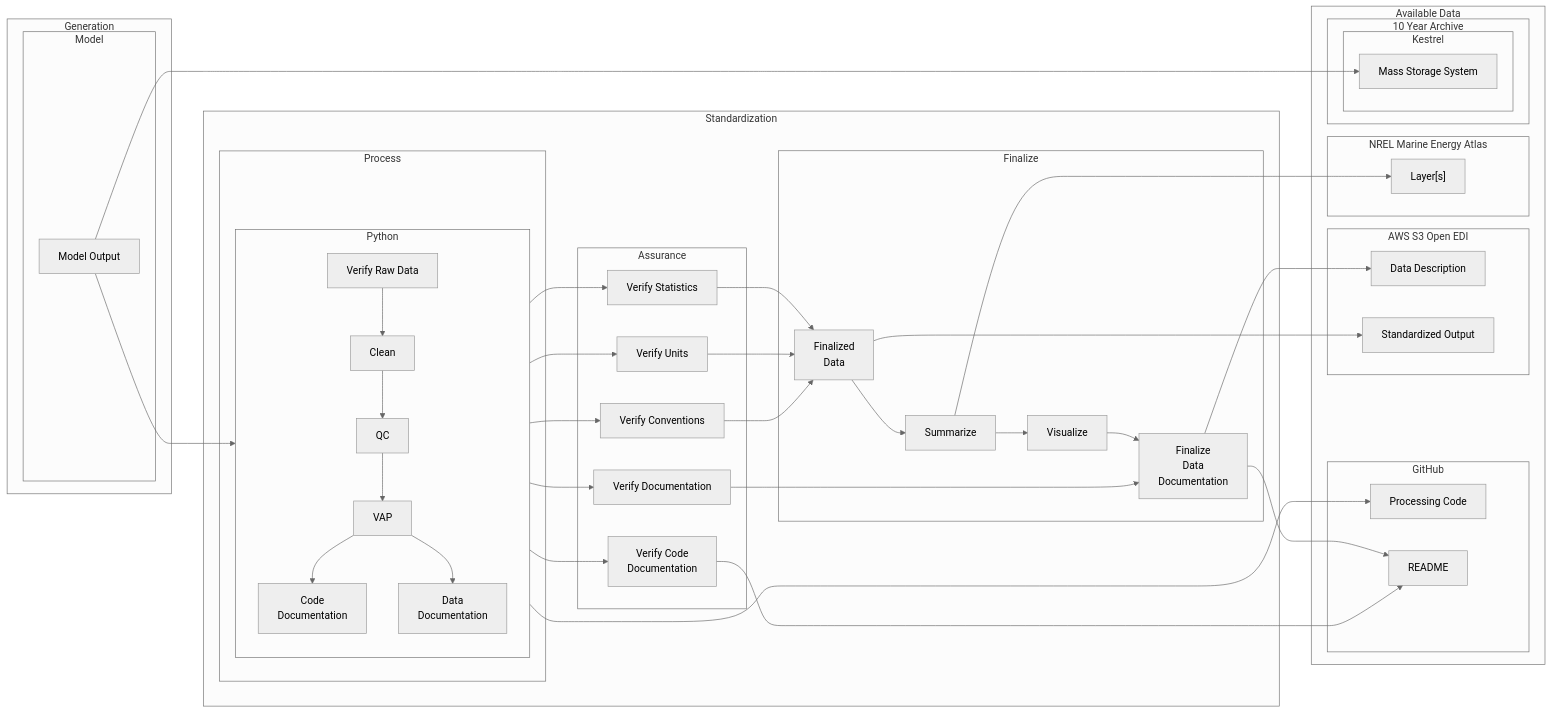
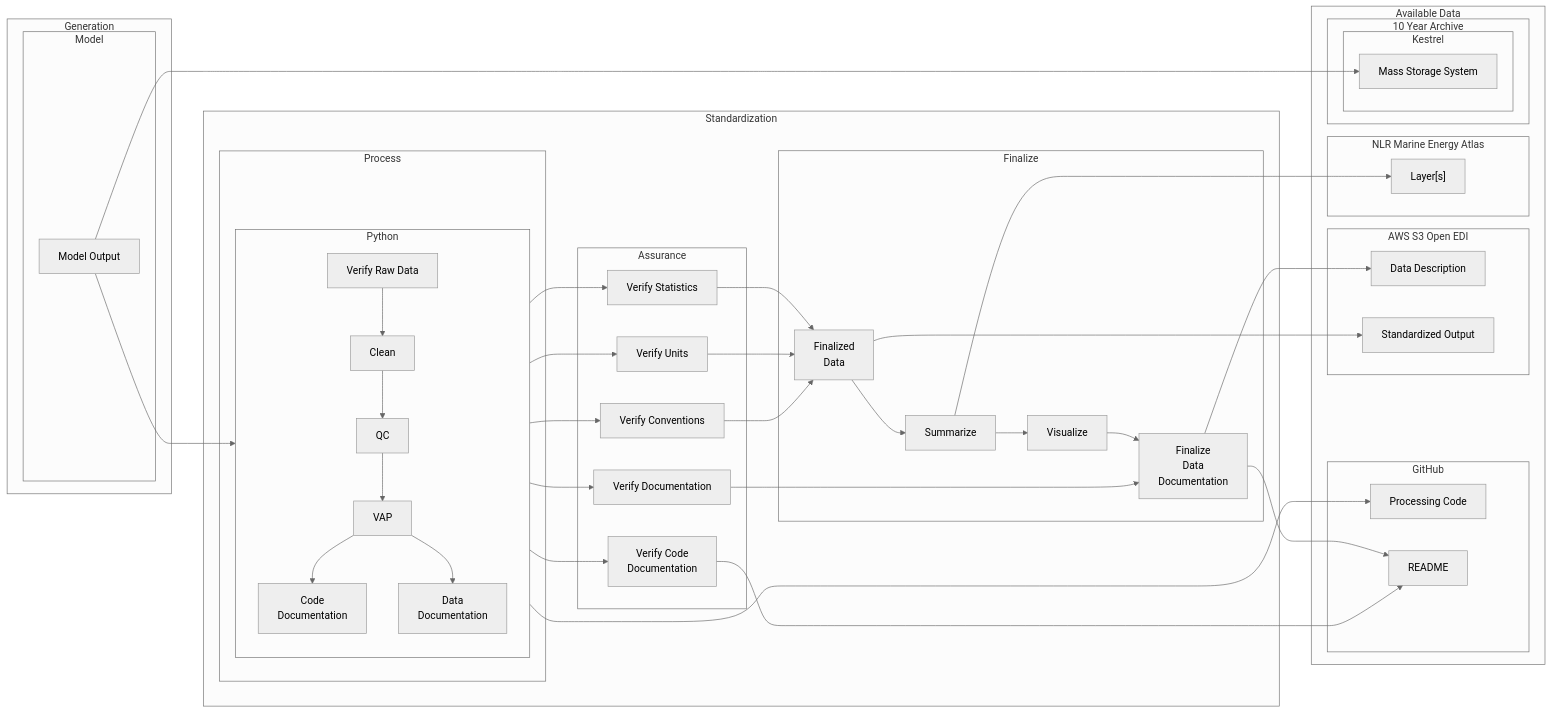
The second of 2 diagrams in README.md (NatLabRockies/Marine_Energy_Resource_Characterization), drawn with Mermaid (neutral theme) before and after one commit. The commit also changed other lines of this file, not shown here.

Commit message:
Docs: Migrate to NLR branding

````diff
--- a/README.md
+++ b/README.md
@@ -147,77 +147,77 @@
 ```mermaid
 flowchart LR
     subgraph Generation
         subgraph Model
             OG[Model Output]
         end
     end
 
     subgraph Standardization
         subgraph Process
             subgraph Python
                 direction TB
                 Verify[Verify Raw Data]
                 Clean[Clean]
                 QC[QC]
                 VAP[VAP]
                 Document[Code\nDocumentation]
                 DataDocument[Data\nDocumentation]
             end
         end
         subgraph Finalize
             Summarize[Summarize]
             Visualize[Visualize]
             CompleteOutput[Finalized\nData]
             FinalDocumentation[Finalize\nData\nDocumentation]
         end
         subgraph Assurance
             ConventionCheck["Verify Conventions"]
             UnitCheck["Verify Units"]
             StatisticsCheck["Verify Statistics"]
             DocumentationCheck["Verify Documentation"]
             CodeCheck["Verify Code\nDocumentation"]
         end
     end
 
     subgraph Output[Available Data]
         subgraph GitHub
             Repo[Processing Code]
             readme[README]
         end
         subgraph AWS[AWS S3 Open EDI]
             DataPage["Data Description"]
             Standardized_Output["Standardized Output"]
         end
-        subgraph Atlas[NREL Marine Energy Atlas]
+        subgraph Atlas[NLR Marine Energy Atlas]
             Atlas_Layer["Layer[s]"]
         end
         subgraph Archive [10 Year Archive]
             subgraph Kestrel
                 MSS[Mass Storage System]
             end
         end
     end
 
 OG --> MSS
 
 OG --> Verify --> Clean --> QC --> VAP --> Document
 VAP --> DataDocument
 CodeCheck --> readme
 
 VAP --> ConventionCheck --> CompleteOutput
 VAP --> UnitCheck --> CompleteOutput
 VAP --> StatisticsCheck --> CompleteOutput
 Document --> CodeCheck
 DataDocument --> DocumentationCheck
 
 CompleteOutput --> Summarize --> Visualize
 Summarize --> Atlas_Layer
 
 Python --> Repo
 DocumentationCheck --> FinalDocumentation
 Visualize --> FinalDocumentation
 FinalDocumentation --> readme
 FinalDocumentation --> DataPage
 
 CompleteOutput --> Standardized_Output
 ```
````
